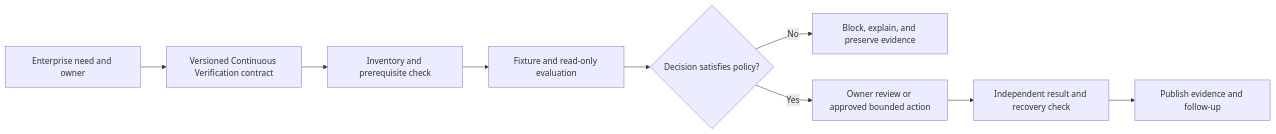
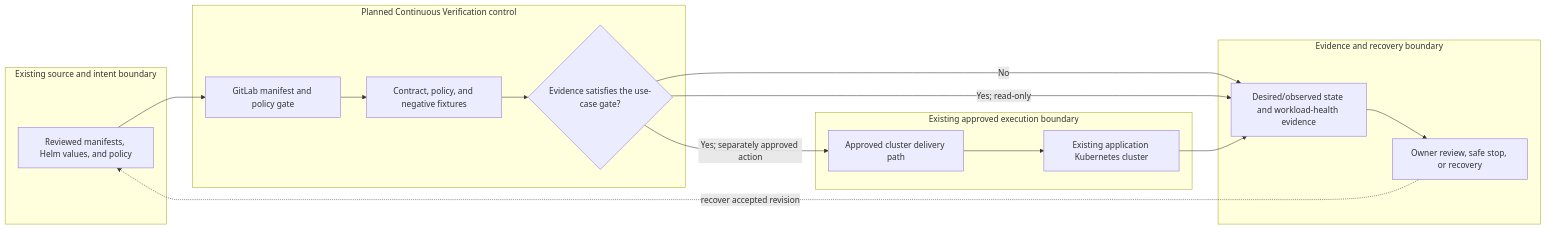
Before and after one commit to MIDHTECH/enterprise-architecture-docs: the diagram in docs/use-cases/kubernetes/UC-K8S-005-continuous-verification.md, drawn with Mermaid. The commit also changed other lines of this file and 227 other files, not shown here.

Commit message:
Deepen architecture for all use case designs

````diff
--- a/docs/use-cases/kubernetes/UC-K8S-005-continuous-verification.md
+++ b/docs/use-cases/kubernetes/UC-K8S-005-continuous-verification.md
@@ -136,11 +129,25 @@
 ```mermaid
 flowchart LR
-    Need["Enterprise need and owner"] --> Contract["Versioned Continuous Verification contract"]
-    Contract --> Preflight["Inventory and prerequisite check"]
-    Preflight --> Evaluate["Fixture and read-only evaluation"]
-    Evaluate --> Decision{"Decision satisfies policy?"}
-    Decision -->|No| Stop["Block, explain, and preserve evidence"]
-    Decision -->|Yes| Review["Owner review or approved bounded action"]
-    Review --> Verify["Independent result and recovery check"]
-    Verify --> Publish["Publish evidence and follow-up"]
+    subgraph Source["Existing source and intent boundary"]
+        A["Reviewed manifests, Helm values, and policy"]
+    end
+    subgraph Planned["Planned Continuous Verification control"]
+        B["GitLab manifest and policy gate"]
+        C["Contract, policy, and negative fixtures"]
+        D{"Evidence satisfies the use-case gate?"}
+    end
+    subgraph Runtime["Existing approved execution boundary"]
+        E["Approved cluster delivery path"]
+        F["Existing application Kubernetes cluster"]
+    end
+    subgraph Assurance["Evidence and recovery boundary"]
+        G["Desired/observed state and workload-health evidence"]
+        H["Owner review, safe stop, or recovery"]
+    end
+
+    A --> B --> C --> D
+    D -->|No| G --> H
+    D -->|Yes; read-only| G
+    D -->|Yes; separately approved action| E --> F --> G
+    H -. recover accepted revision .-> A
 ```
````
